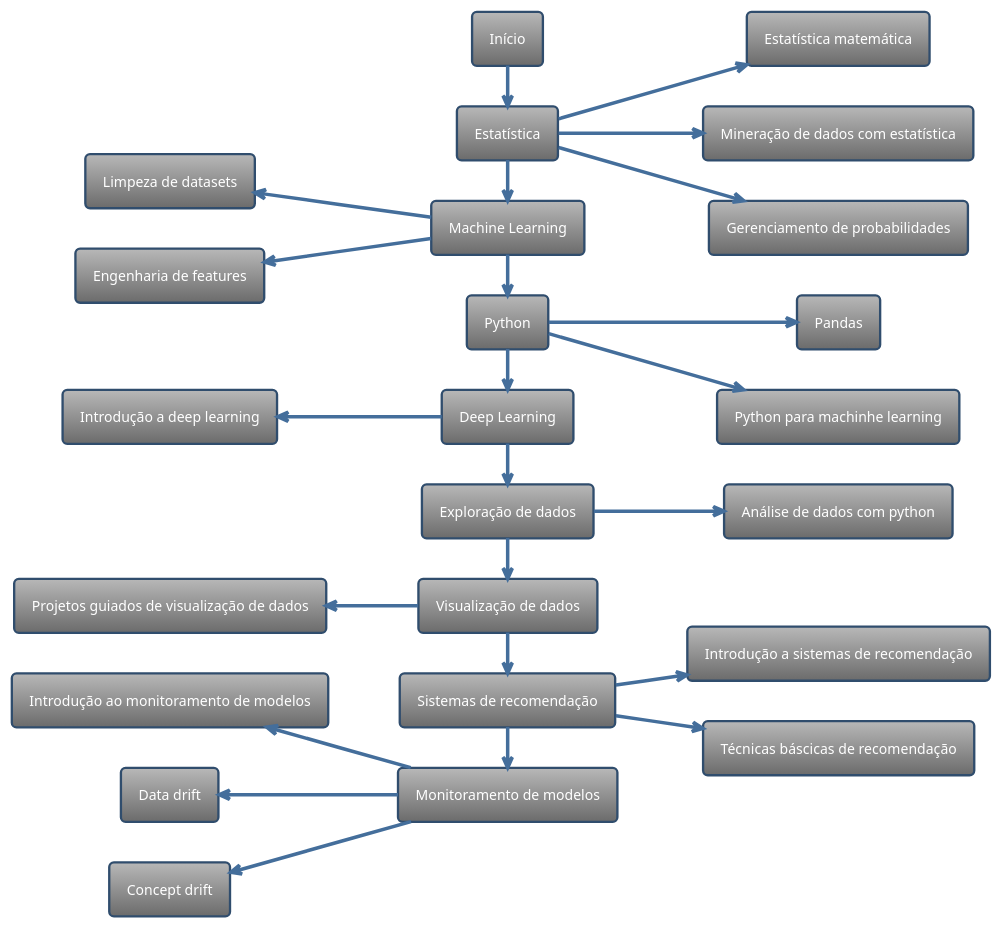
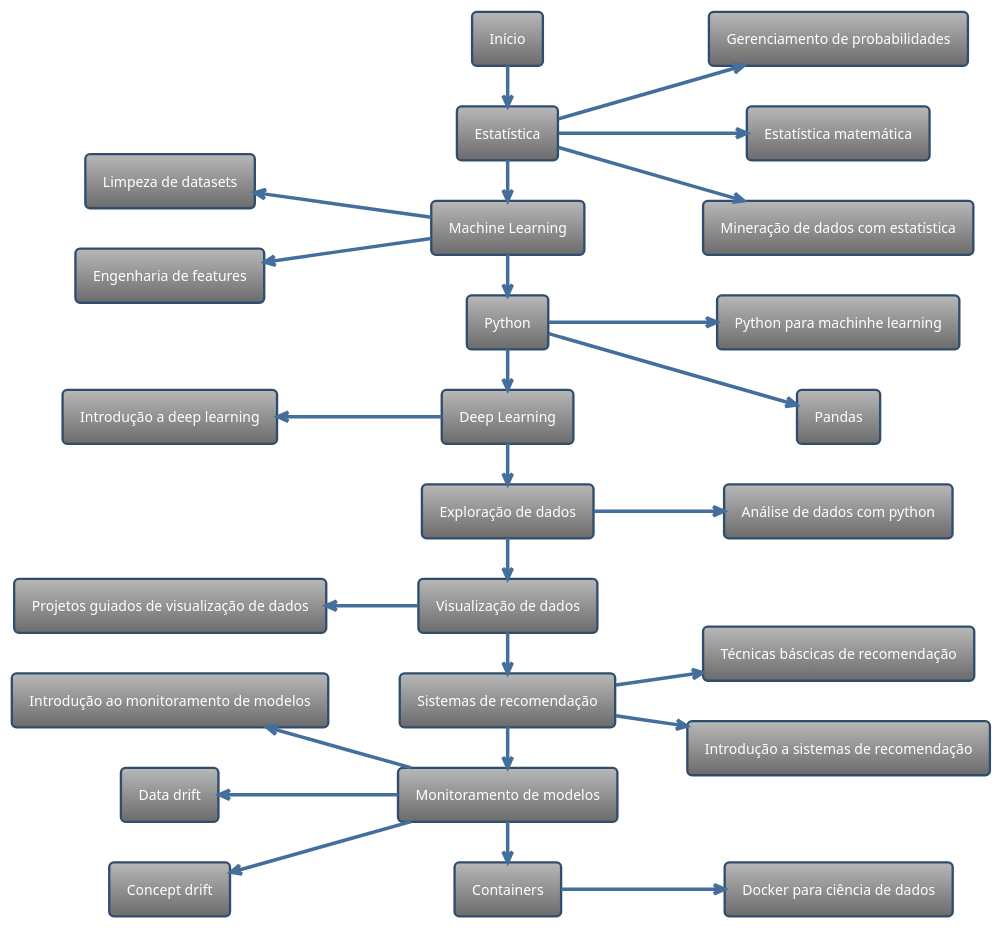
The diagram in src/data-science/pl/pl.plantuml (Andriow/data-learning-path), drawn with PlantUML before and after one commit. The commit also changed 2 other files, not shown here.

Commit message:
Adicionado docker para ciência de dados

```diff
--- a/src/data-science/pl/pl.plantuml
+++ b/src/data-science/pl/pl.plantuml
@@ -1,55 +1,59 @@
 @startuml
 ' Edit me at https://plantuml-editor.kkeisuke.com/
 !theme spacelab
 left to right direction
 
 rectangle "Início" as begin
 rectangle "Estatística" as est
 rectangle "Gerenciamento de probabilidades" as ep
 rectangle "Estatística matemática" as em
 rectangle "Mineração de dados com estatística" as eme
 rectangle "Machine Learning" as ml
 rectangle "Engenharia de features" as mlef
 rectangle "Limpeza de datasets" as mlld
 rectangle "Python" as p
 rectangle "Python para machinhe learning" as pml
 rectangle "Pandas" as pp
 rectangle "Deep Learning" as dl
 rectangle "Introdução a deep learning" as dli
 rectangle "Exploração de dados" as edd
 rectangle "Análise de dados com python" as eddp
 rectangle "Visualização de dados" as v
 rectangle "Projetos guiados de visualização de dados" as vp
 rectangle "Sistemas de recomendação" as s
 rectangle "Introdução a sistemas de recomendação" as si
 rectangle "Técnicas báscicas de recomendação" as st
 rectangle "Monitoramento de modelos" as m
 rectangle "Introdução ao monitoramento de modelos" as mi
 rectangle "Data drift" as md
 rectangle "Concept drift" as mc
+rectangle "Containers" as c
+rectangle "Docker para ciência de dados" as dc
 
 begin -> est
 est --> ep
 est --> em
 est --> eme
 est -> ml
 ml -up-> mlef
 ml -up-> mlld
 ml -> p
 p --> pml
 p --> pp
 p -> dl
 dl -up-> dli
 dl -> edd
 edd --> eddp
 edd -> v
 v -up-> vp
 v -> s
 s --> si
 s --> st
 s -> m
 m -up-> mc
 m -up-> md
 m -up-> mi
+m -> c
+c --> dc
 
 @enduml
```
